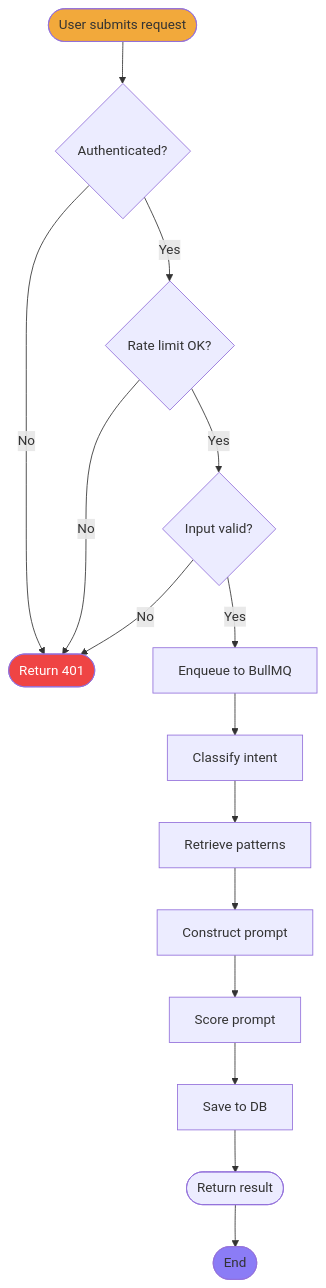
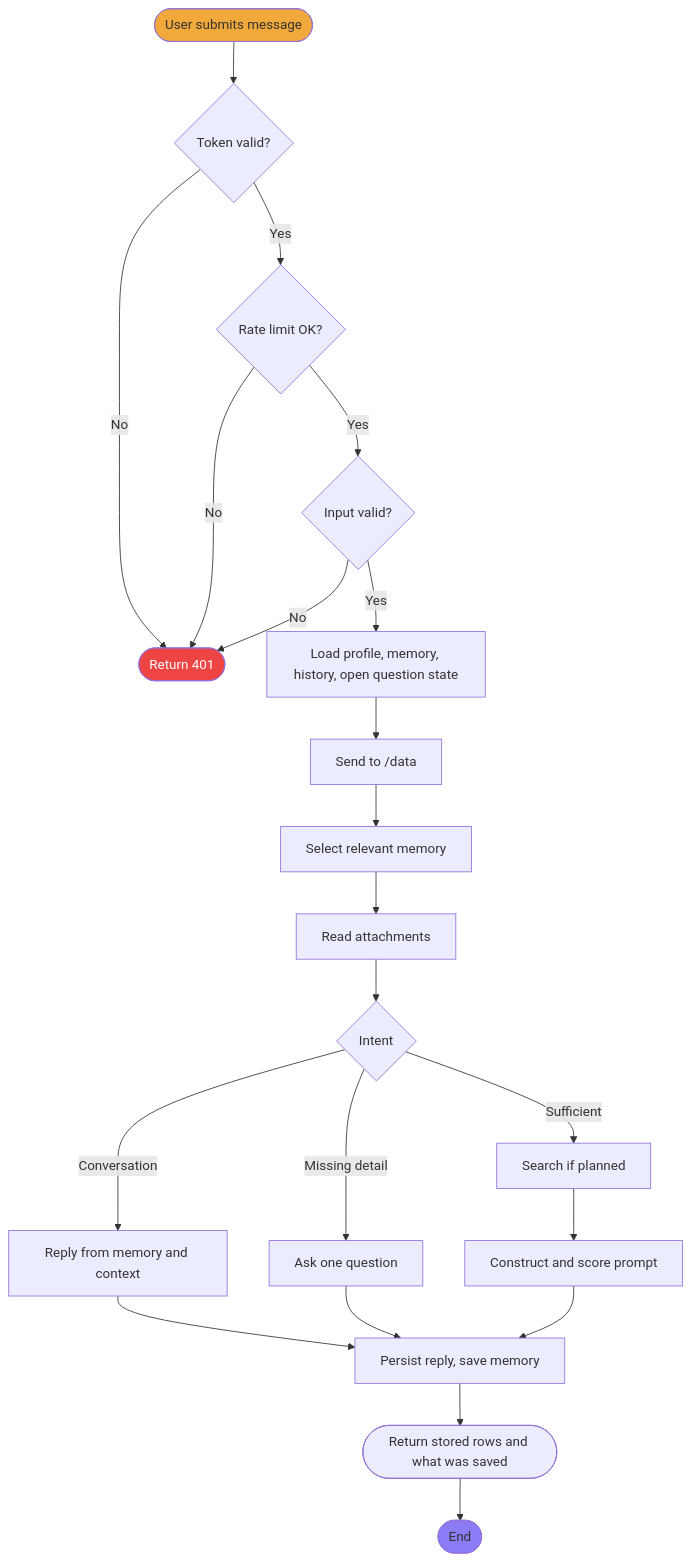
Before and after one commit to oyedokunken/Prompt-AI: the fourth of 5 diagrams in README.md, drawn with Mermaid. The commit also changed other lines of this file and 39 other files, not shown here.

First line of the commit message:
feat: memory that saves itself, natural conversation, sharper prompts, accurate docs

````diff
--- a/README.md
+++ b/README.md
@@ -175,21 +200,27 @@
 ```mermaid
 flowchart TD
-    Start([User submits request]) --> Auth{Authenticated?}
+    Start([User submits message]) --> Auth{Token valid?}
     Auth -->|No| Error([Return 401])
     Auth -->|Yes| RateLimit{Rate limit OK?}
     RateLimit -->|No| Error
     RateLimit -->|Yes| Validate{Input valid?}
     Validate -->|No| Error
-    Validate -->|Yes| Queue[Enqueue to BullMQ]
-    Queue --> Classify[Classify intent]
-    Classify --> Retrieve[Retrieve patterns]
-    Retrieve --> Construct[Construct prompt]
-    Construct --> Score[Score prompt]
-    Score --> Save[Save to DB]
-    Save --> Return([Return result])
+    Validate -->|Yes| Load[Load profile, memory, history, open question state]
+    Load --> Send[Send to /data]
+    Send --> Select[Select relevant memory]
+    Select --> Read[Read attachments]
+    Read --> Intent{Intent}
+    Intent -->|Conversation| Reply[Reply from memory and context]
+    Intent -->|Missing detail| Ask[Ask one question]
+    Intent -->|Sufficient| Search[Search if planned]
+    Search --> Build[Construct and score prompt]
+    Reply --> Persist[Persist reply, save memory]
+    Ask --> Persist
+    Build --> Persist
+    Persist --> Return([Return stored rows and what was saved])
     Return --> End([End])
 
     style Start fill:#F2A93B
     style End fill:#8B7CF6
     style Error fill:#EF4444,color:#fff
 ```
````
